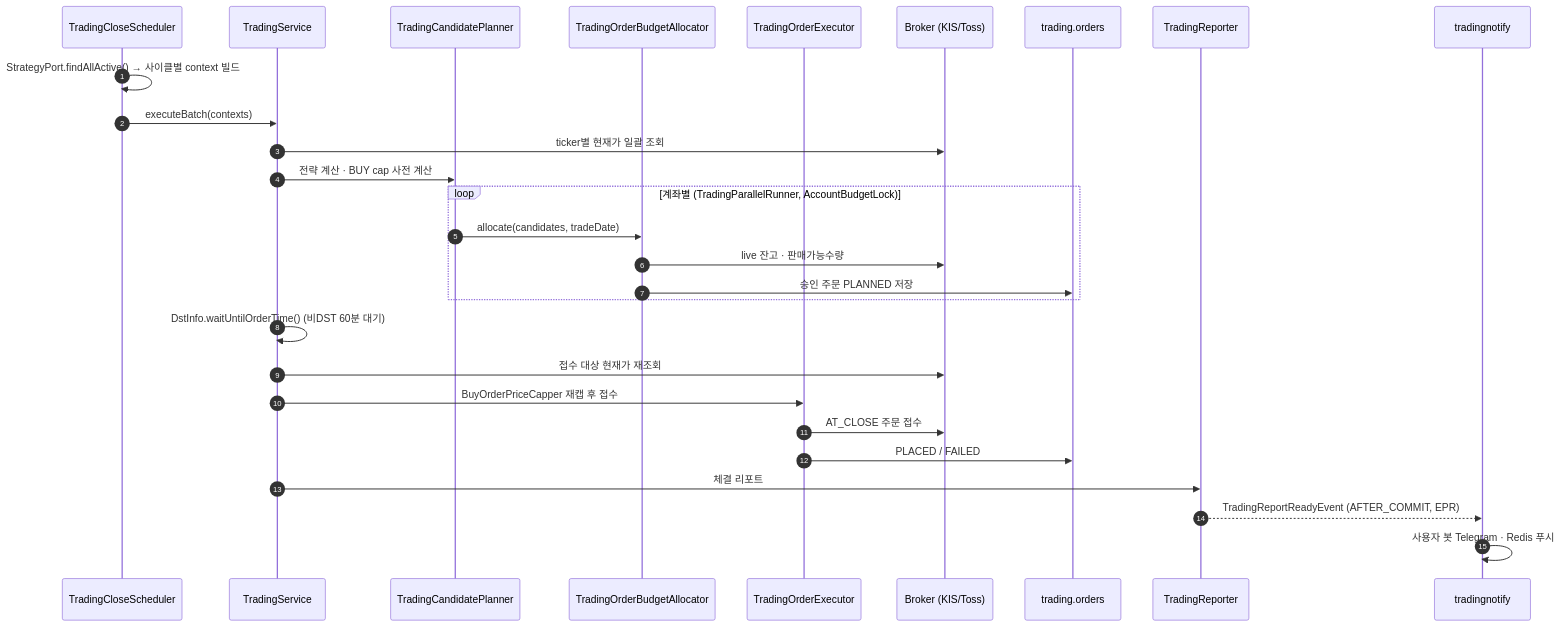
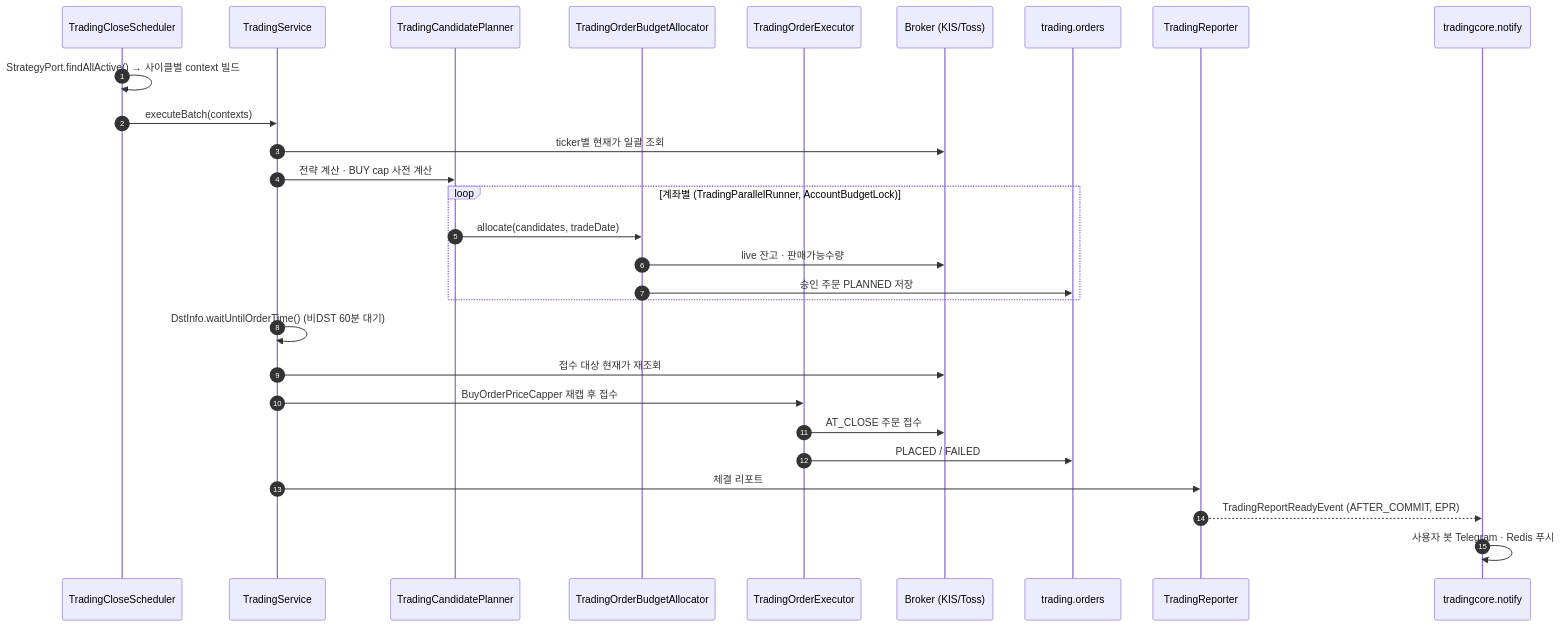
Before and after one commit to narafu/kista-api: the sixth of 6 diagrams in docs/architecture-map.md, drawn with Mermaid. The commit also changed other lines of this file and 60 other files, not shown here.

````diff
--- a/docs/architecture-map.md
+++ b/docs/architecture-map.md
@@ -254,31 +254,31 @@
 ```mermaid
 sequenceDiagram
     autonumber
     participant S as TradingCloseScheduler
     participant Svc as TradingService
     participant Plan as TradingCandidatePlanner
     participant Alloc as TradingOrderBudgetAllocator
     participant Exec as TradingOrderExecutor
     participant B as Broker (KIS/Toss)
     participant DB as trading.orders
     participant R as TradingReporter
-    participant N as tradingnotify
+    participant N as tradingcore.notify
 
     S->>S: StrategyPort.findAllActive() → 사이클별 context 빌드
     S->>Svc: executeBatch(contexts)
     Svc->>B: ticker별 현재가 일괄 조회
     Svc->>Plan: 전략 계산 · BUY cap 사전 계산
     loop 계좌별 (TradingParallelRunner, AccountBudgetLock)
         Plan->>Alloc: allocate(candidates, tradeDate)
         Alloc->>B: live 잔고 · 판매가능수량
         Alloc->>DB: 승인 주문 PLANNED 저장
     end
     Svc->>Svc: DstInfo.waitUntilOrderTime() (비DST 60분 대기)
     Svc->>B: 접수 대상 현재가 재조회
     Svc->>Exec: BuyOrderPriceCapper 재캡 후 접수
     Exec->>B: AT_CLOSE 주문 접수
     Exec->>DB: PLACED / FAILED
     Svc->>R: 체결 리포트
     R-->>N: TradingReportReadyEvent (AFTER_COMMIT, EPR)
     N->>N: 사용자 봇 Telegram · Redis 푸시
 ```
````
